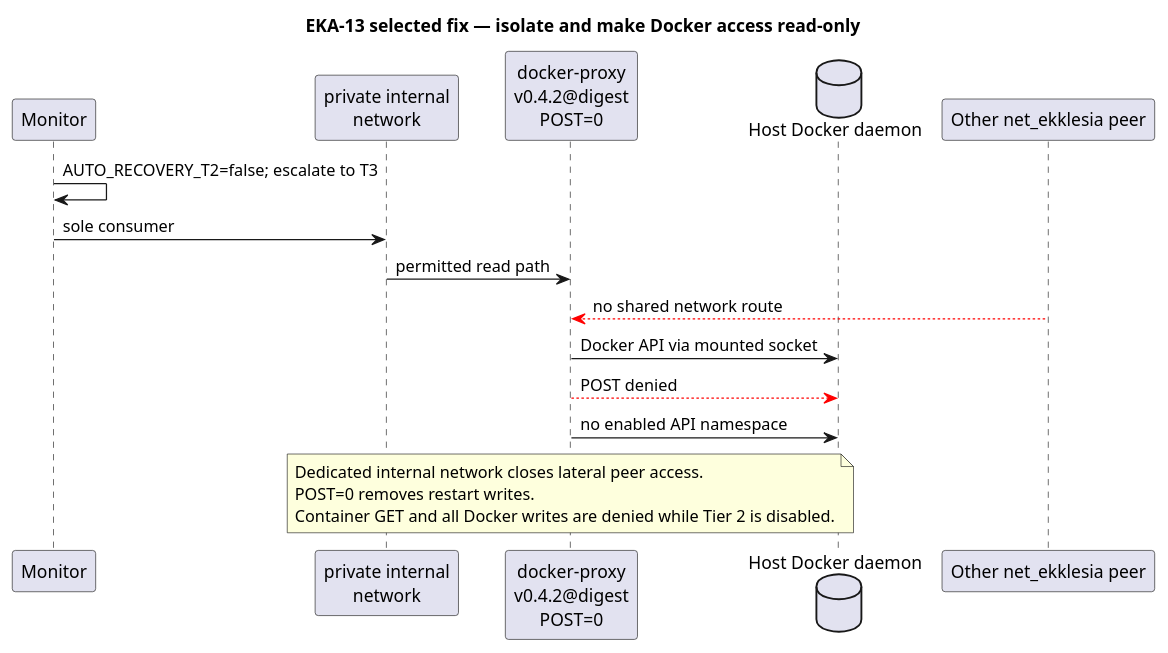
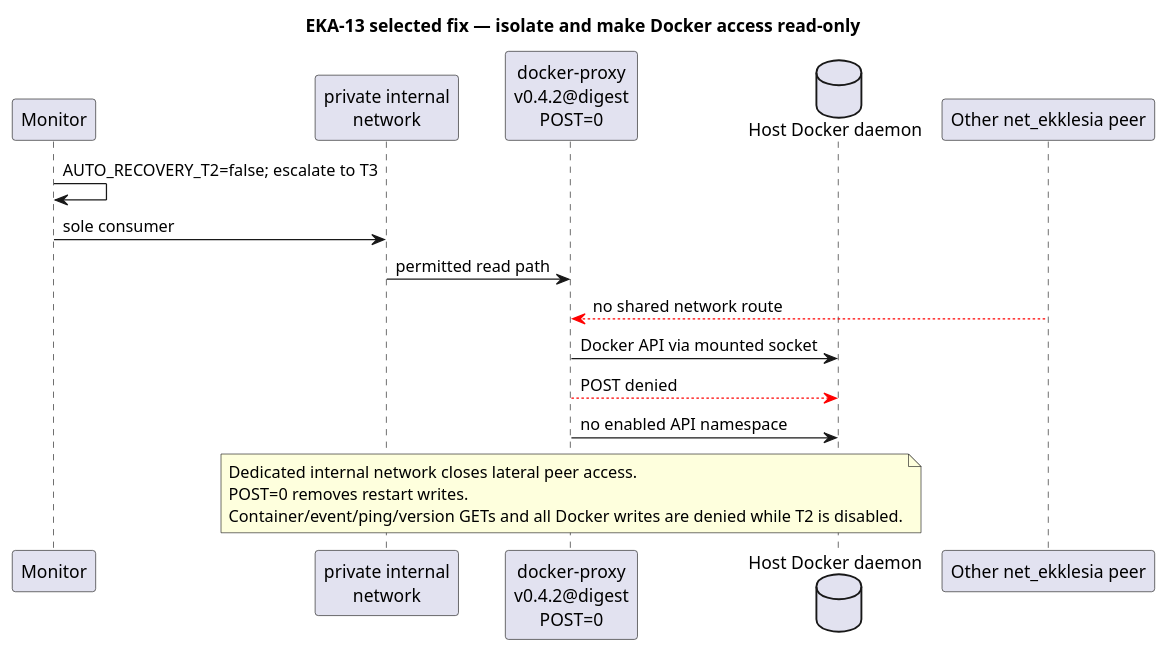
Before and after one commit to NeaBouli/pnyx: the second of 2 diagrams in docs/architecture/main-path.puml, drawn with PlantUML. The commit also changed 7 other files, not shown here.

```diff
--- a/docs/architecture/main-path.puml
+++ b/docs/architecture/main-path.puml
@@ -18,22 +18,22 @@
 @startuml
 title EKA-13 selected fix — isolate and make Docker access read-only
 participant "Monitor" as Monitor
 participant "private internal\nnetwork" as Private
 participant "docker-proxy\nv0.4.2@digest\nPOST=0" as Proxy
 database "Host Docker daemon" as Docker
 participant "Other net_ekklesia peer" as Peer
 
 Monitor -> Monitor : AUTO_RECOVERY_T2=false; escalate to T3
 Monitor -> Private : sole consumer
 Private -> Proxy : permitted read path
 Peer -[#red,dashed]> Proxy : no shared network route
 Proxy -> Docker : Docker API via mounted socket
 Proxy -[#red,dashed]> Docker : POST denied
 Proxy -> Docker : no enabled API namespace
 
 note over Proxy
 Dedicated internal network closes lateral peer access.
 POST=0 removes restart writes.
-Container GET and all Docker writes are denied while Tier 2 is disabled.
+Container/event/ping/version GETs and all Docker writes are denied while T2 is disabled.
 end note
 @enduml
```
